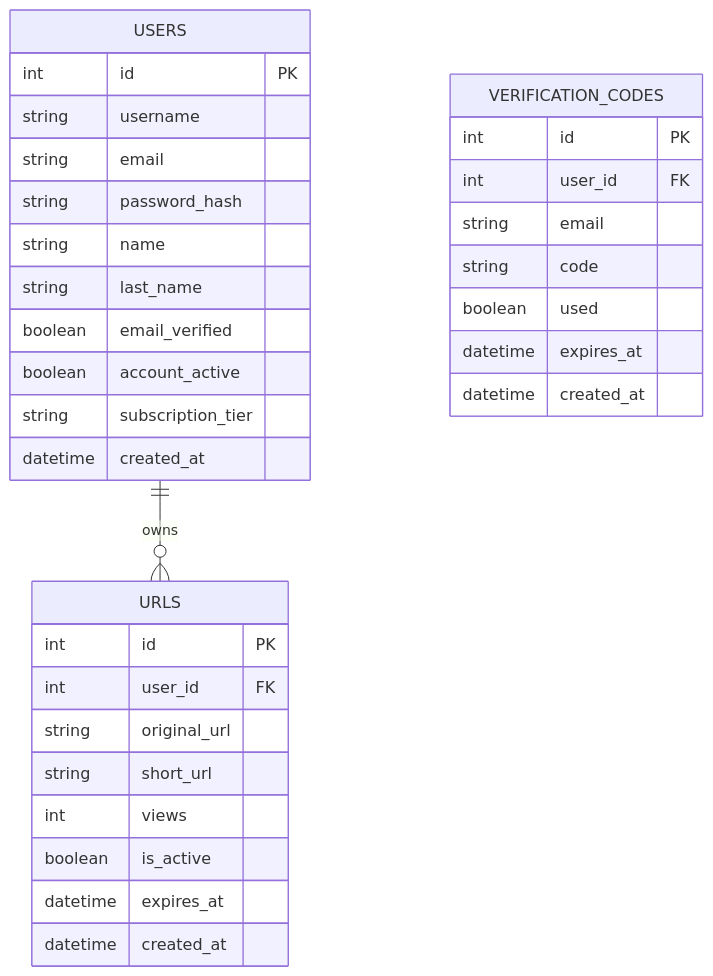
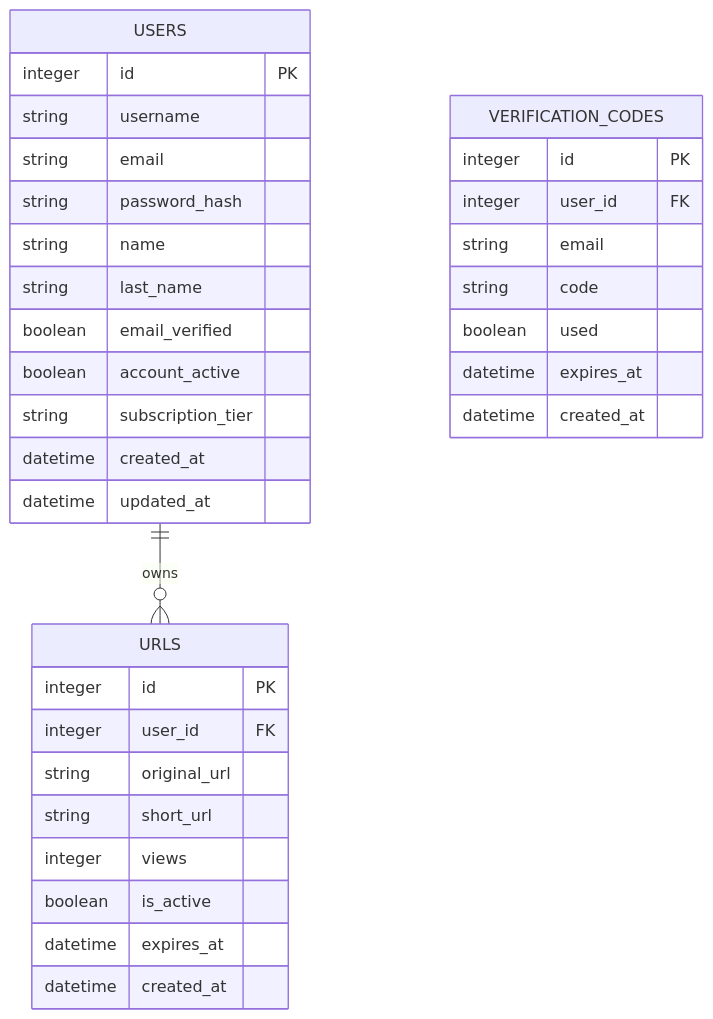
The diagram in docs/ARCHITECTURE.md (Joel-RD/erdl-backend), drawn with Mermaid before and after one commit. The commit also changed other lines of this file and 6 other files, not shown here.

````diff
--- a/docs/ARCHITECTURE.md
+++ b/docs/ARCHITECTURE.md
@@ -45,35 +38,36 @@
 ```mermaid
 erDiagram
     USERS ||--o{ URLS : "owns"
     USERS {
-        int id PK
+        integer id PK
         string username
         string email
         string password_hash
         string name
         string last_name
         boolean email_verified
         boolean account_active
         string subscription_tier
         datetime created_at
+        datetime updated_at
     }
     URLS {
-        int id PK
-        int user_id FK
+        integer id PK
+        integer user_id FK
         string original_url
         string short_url
-        int views
+        integer views
         boolean is_active
         datetime expires_at
         datetime created_at
     }
     VERIFICATION_CODES {
-        int id PK
-        int user_id FK
+        integer id PK
+        integer user_id FK
         string email
         string code
         boolean used
         datetime expires_at
         datetime created_at
     }
 ```
````
